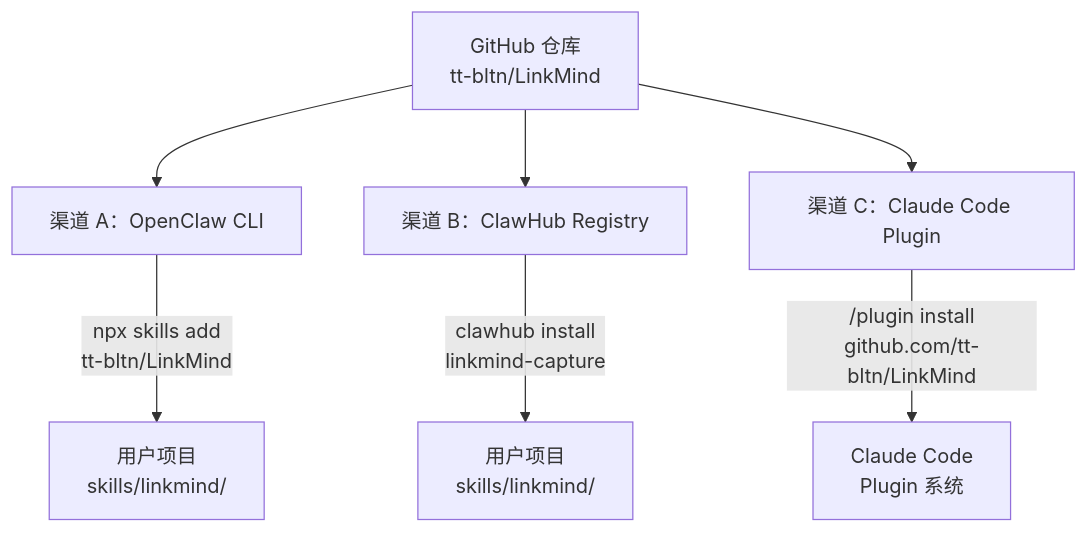
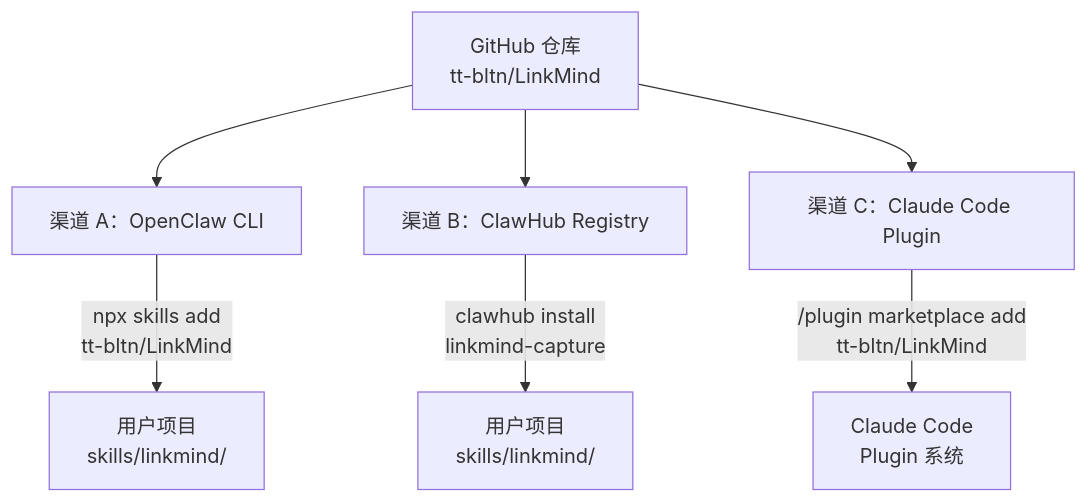
The eighth of 9 diagrams in docs/ARCH.md (tt-bltn/LinkMind), drawn with Mermaid before and after one commit. The commit also changed other lines of this file and 4 other files, not shown here.

First line of the commit message:
fix: add marketplace.json for Claude Code plugin distribution

````diff
--- a/docs/ARCH.md
+++ b/docs/ARCH.md
@@ -360,10 +360,10 @@
 ```mermaid
 flowchart TD
     Repo["GitHub 仓库<br/>tt-bltn/LinkMind"] --> ChA["渠道 A：OpenClaw CLI"]
     Repo --> ChB["渠道 B：ClawHub Registry"]
     Repo --> ChC["渠道 C：Claude Code Plugin"]
 
     ChA --> |"npx skills add<br/>tt-bltn/LinkMind"| UserA["用户项目<br/>skills/linkmind/"]
     ChB --> |"clawhub install<br/>linkmind-capture"| UserB["用户项目<br/>skills/linkmind/"]
-    ChC --> |"/plugin install<br/>github.com/tt-bltn/LinkMind"| UserC["Claude Code<br/>Plugin 系统"]
+    ChC --> |"/plugin marketplace add<br/>tt-bltn/LinkMind"| UserC["Claude Code<br/>Plugin 系统"]
 ```
````
